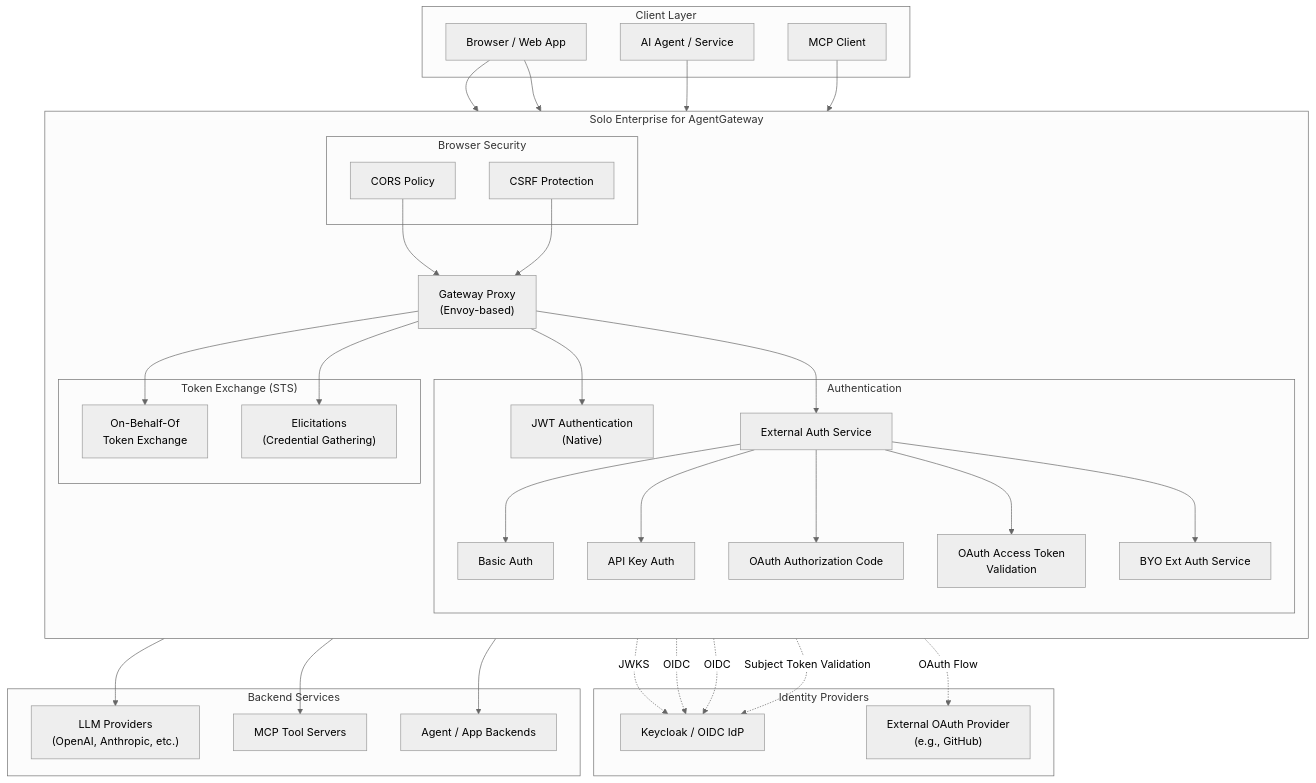
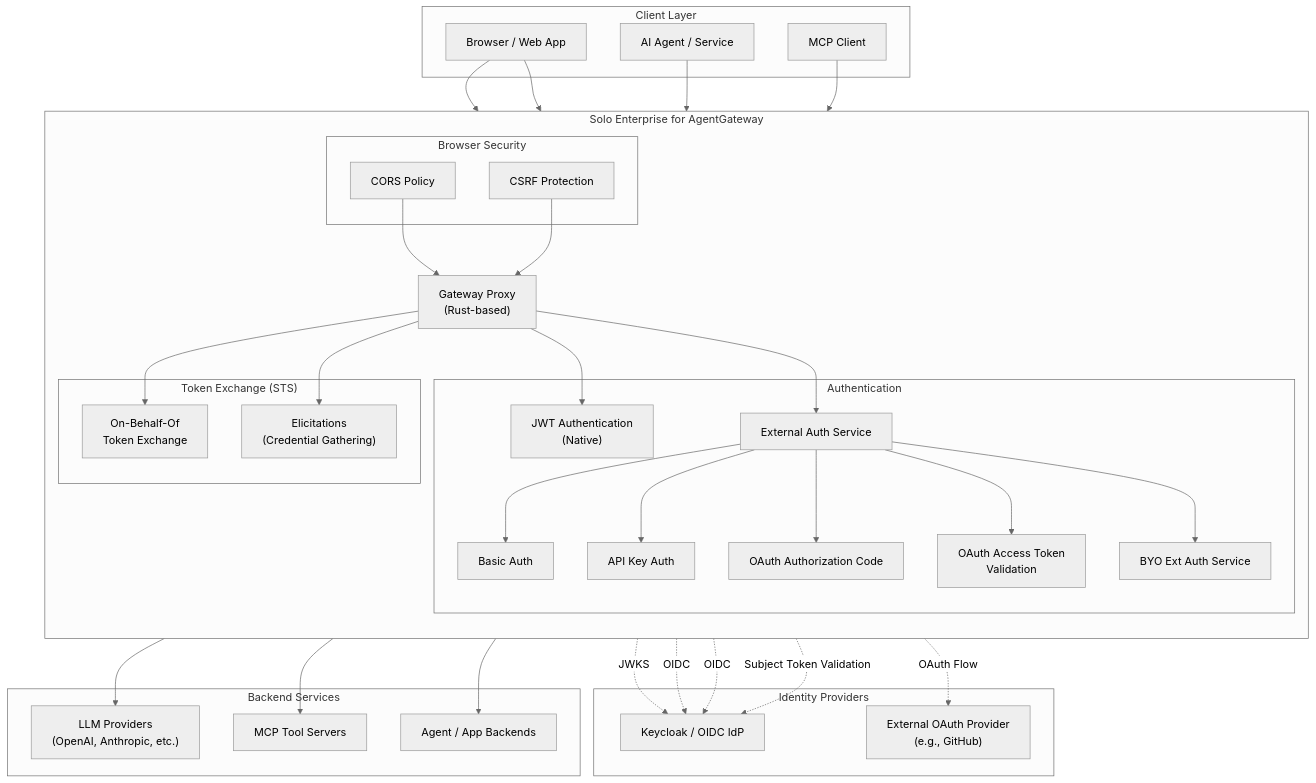
The first of 14 diagrams in agentgateway/security/agentgateway-security-diagrams.md (find-arka/diagrams), drawn with Mermaid (neutral theme) before and after one commit. The commit also changed other lines of this file, not shown here.

Commit message:
updates based on underlying codebase

````diff
--- a/agentgateway/security/agentgateway-security-diagrams.md
+++ b/agentgateway/security/agentgateway-security-diagrams.md
@@ -11,61 +11,61 @@
 ```mermaid
 graph TB
     subgraph Clients["Client Layer"]
         Browser["Browser / Web App"]
         Agent["AI Agent / Service"]
         MCP_Client["MCP Client"]
     end
 
     subgraph AGW["Solo Enterprise for AgentGateway"]
         direction TB
-        GW["Gateway Proxy<br/>(Envoy-based)"]
+        GW["Gateway Proxy<br/>(Rust-based)"]
 
         subgraph BrowserSec["Browser Security"]
             CORS["CORS Policy"]
             CSRF["CSRF Protection"]
         end
 
         subgraph AuthN["Authentication"]
             JWT_Auth["JWT Authentication<br/>(Native)"]
             ExtAuth["External Auth Service"]
             BasicAuth["Basic Auth"]
             APIKey["API Key Auth"]
             OAuth_AC["OAuth Authorization Code"]
             OAuth_AT["OAuth Access Token<br/>Validation"]
             BYO["BYO Ext Auth Service"]
         end
 
         subgraph TokenExchange["Token Exchange (STS)"]
             OBO["On-Behalf-Of<br/>Token Exchange"]
             Elicit["Elicitations<br/>(Credential Gathering)"]
         end
     end
 
     subgraph IdPs["Identity Providers"]
         Keycloak["Keycloak / OIDC IdP"]
         ExtOAuth["External OAuth Provider<br/>(e.g., GitHub)"]
     end
 
     subgraph Backends["Backend Services"]
         LLM["LLM Providers<br/>(OpenAI, Anthropic, etc.)"]
         MCP_Server["MCP Tool Servers"]
         AgentBackend["Agent / App Backends"]
     end
 
     Browser --> CORS & CSRF
     CORS & CSRF --> GW
     Agent --> GW
     MCP_Client --> GW
 
     GW --> JWT_Auth & ExtAuth
     ExtAuth --> BasicAuth & APIKey & OAuth_AC & OAuth_AT & BYO
     GW --> OBO & Elicit
 
     JWT_Auth -.->|JWKS| Keycloak
     OAuth_AC -.->|OIDC| Keycloak
     OAuth_AT -.->|OIDC| Keycloak
     OBO -.->|Subject Token Validation| Keycloak
     Elicit -.->|OAuth Flow| ExtOAuth
 
     GW --> LLM & MCP_Server & AgentBackend
 ```
````
